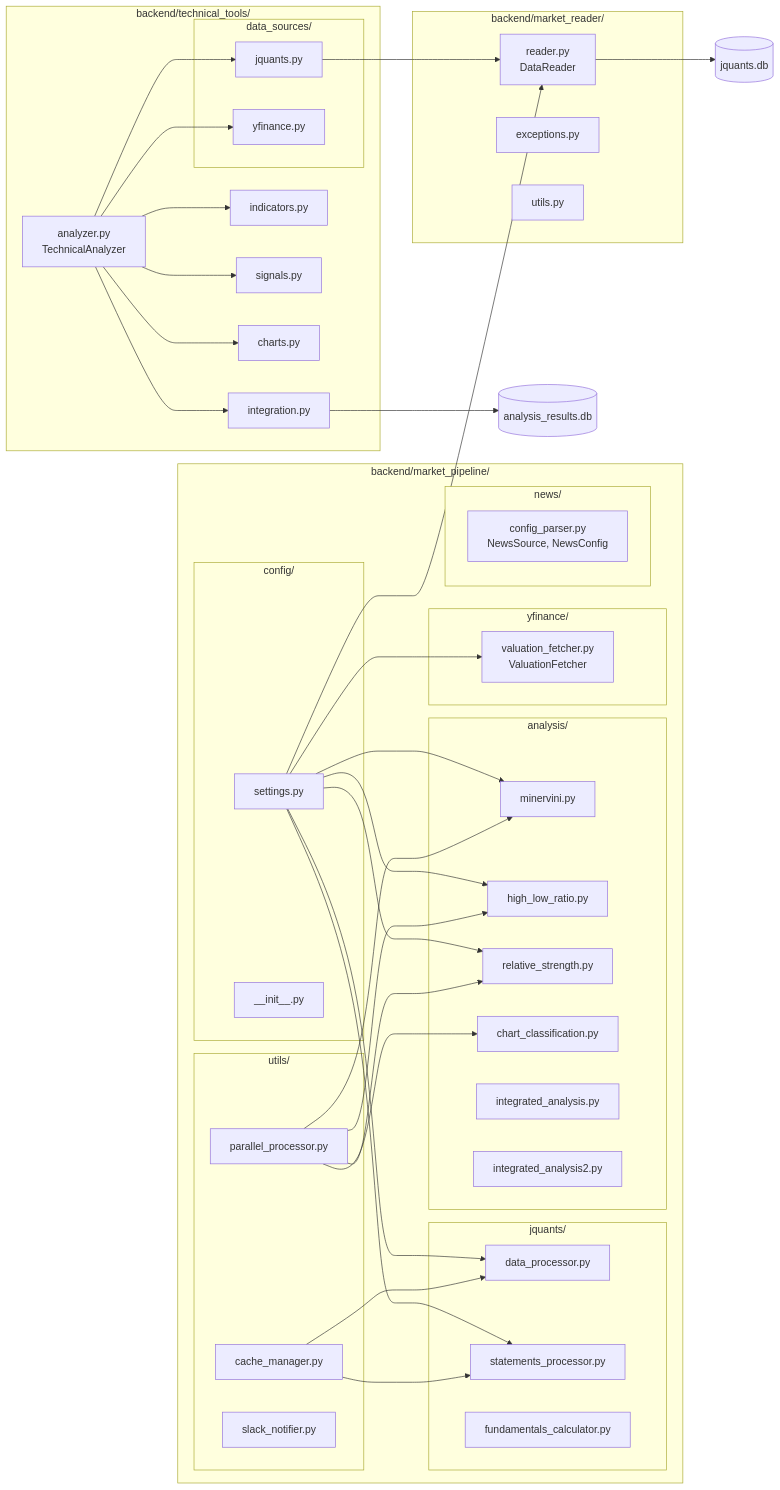
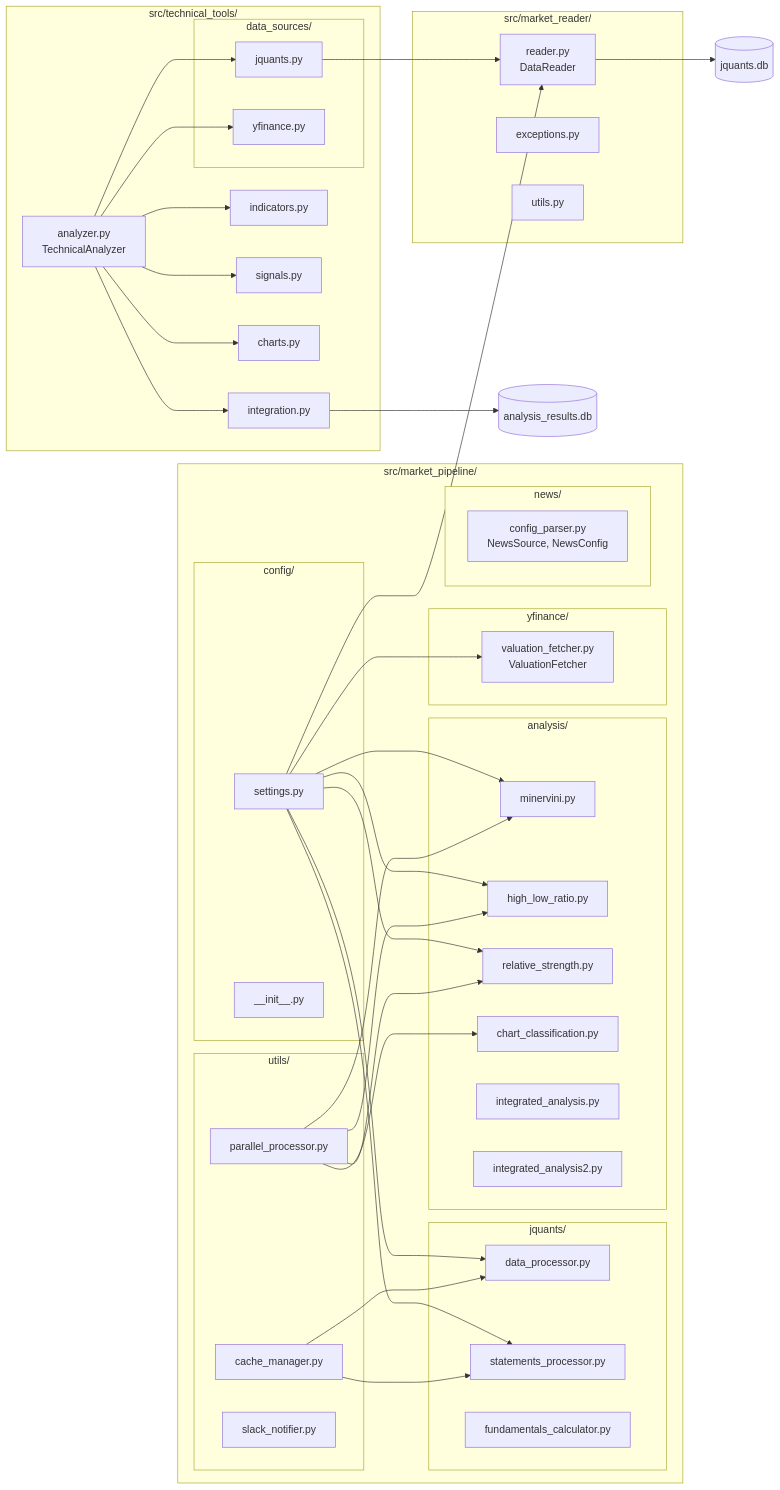
Before and after one commit to aidotters/stock-analysis: the second of 8 diagrams in docs/core/diagrams.md, drawn with Mermaid. The commit also changed 63 other files, not shown here.

Commit message:
refact: rename backend to src

````diff
--- a/docs/core/diagrams.md
+++ b/docs/core/diagrams.md
@@ -61,6 +61,6 @@
 ```mermaid
 graph LR
-    subgraph Backend["backend/market_pipeline/"]
+    subgraph Backend["src/market_pipeline/"]
         subgraph Config["config/"]
             SET[settings.py]
             INIT[__init__.py]
@@ -96,13 +96,13 @@
         end
     end
 
-    subgraph MarketReader["backend/market_reader/"]
+    subgraph MarketReader["src/market_reader/"]
         DR[reader.py<br/>DataReader]
         EX[exceptions.py]
         UT[utils.py]
     end
 
-    subgraph TechTools["backend/technical_tools/"]
+    subgraph TechTools["src/technical_tools/"]
         TA[analyzer.py<br/>TechnicalAnalyzer]
         IND[indicators.py]
         SIG[signals.py]
````
